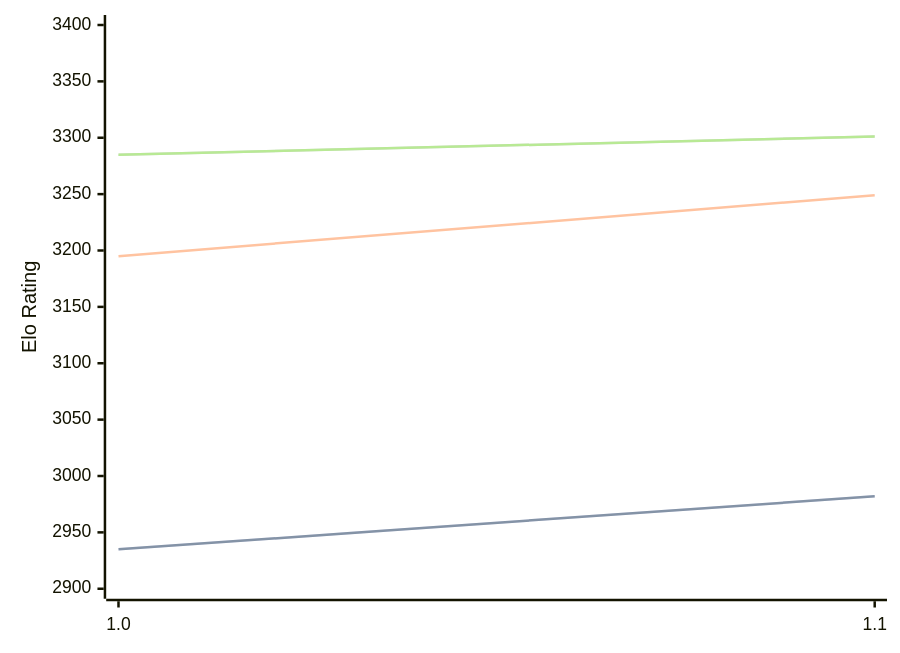
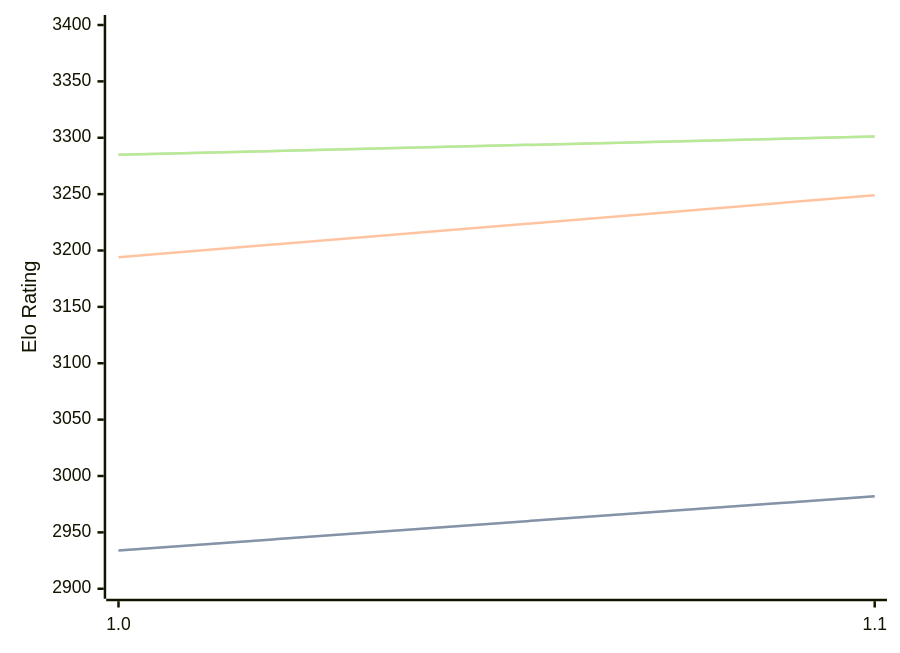
The diagram in engines/RodentV.md (computer-chess-index/cci), drawn with Mermaid before and after one commit. The commit also changed other lines of this file, not shown here.

````diff
--- a/engines/RodentV.md
+++ b/engines/RodentV.md
@@ -33,11 +33,11 @@
 ```mermaid
 %%{init: {"theme":"base","themeVariables":{"seriesColors:['#a3a3a3','#222221','#faa371']}}}%%
 xychart-beta
   x-axis ["1.0", "1.1"]
   y-axis "Elo Rating" 2900 --> 3400
-  line "" [2935, 2982]
-  line "STC (8.0+0.08s)" [2935, 2982]
-  line "LTC (60.0+0.60s)" [3195, 3249]
+  line "" [2934, 2982]
+  line "STC (8.0+0.08s)" [2934, 2982]
+  line "LTC (60.0+0.60s)" [3194, 3249]
   line "" [3285, 3301]
   line "VLTC (2m24s+1.12s)" [3285, 3301]
 ```
````
